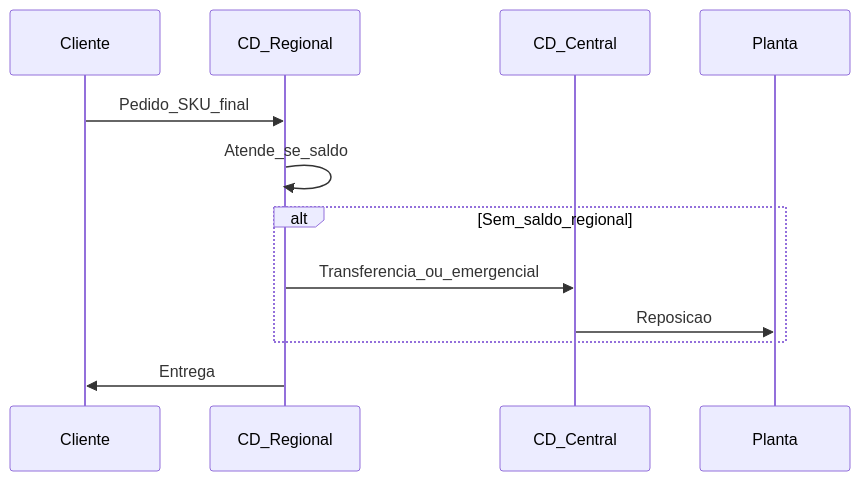
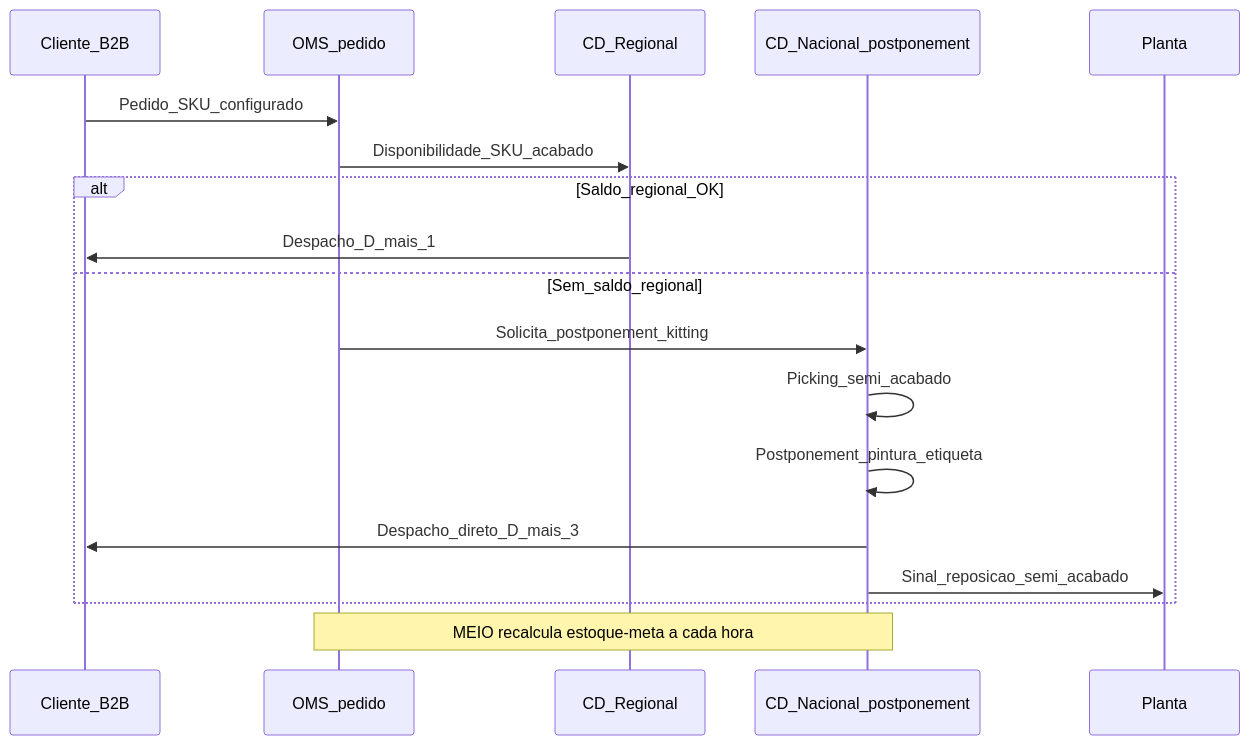
The third of 3 diagrams in aulas/trilha-logistica-estrategica/modulo-01-network-design/aula-03-postponement-multi-echelon-intuicao.md (cleberhensel/logisticon-academy), drawn with Mermaid before and after one commit. The commit also changed other lines of this file and 122 other files, not shown here.

````diff
--- a/aulas/trilha-logistica-estrategica/modulo-01-network-design/aula-03-postponement-multi-echelon-intuicao.md
+++ b/aulas/trilha-logistica-estrategica/modulo-01-network-design/aula-03-postponement-multi-echelon-intuicao.md
@@ -48,14 +195,20 @@
 ```mermaid
 sequenceDiagram
-  participant C as Cliente
-  participant CD1 as CD_Regional
-  participant CD2 as CD_Central
+  participant C as Cliente_B2B
+  participant OMS as OMS_pedido
+  participant CDR as CD_Regional
+  participant CDN as CD_Nacional_postponement
   participant P as Planta
-  C->>CD1: Pedido_SKU_final
-  CD1->>CD1: Atende_se_saldo
-  alt Sem_saldo_regional
-    CD1->>CD2: Transferencia_ou_emergencial
-    CD2->>P: Reposicao
+  C->>OMS: Pedido_SKU_configurado
+  OMS->>CDR: Disponibilidade_SKU_acabado
+  alt Saldo_regional_OK
+    CDR->>C: Despacho_D_mais_1
+  else Sem_saldo_regional
+    OMS->>CDN: Solicita_postponement_kitting
+    CDN->>CDN: Picking_semi_acabado
+    CDN->>CDN: Postponement_pintura_etiqueta
+    CDN->>C: Despacho_direto_D_mais_3
+    CDN->>P: Sinal_reposicao_semi_acabado
   end
-  CD1->>C: Entrega
+  Note over OMS,CDN: MEIO recalcula estoque-meta a cada hora
 ```
````
